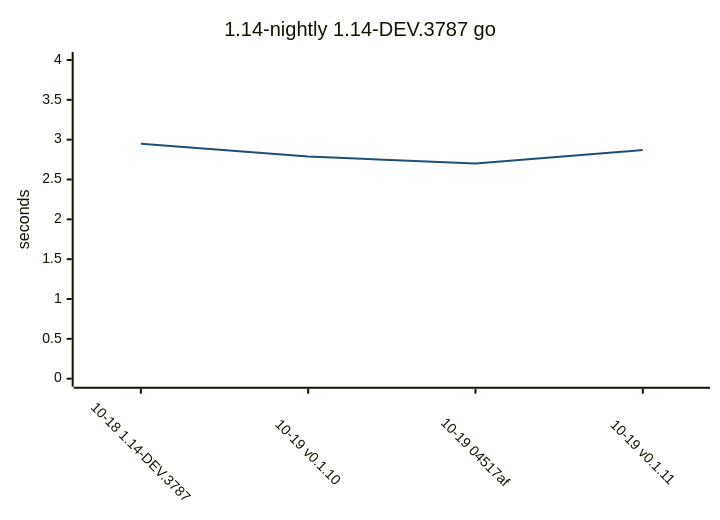
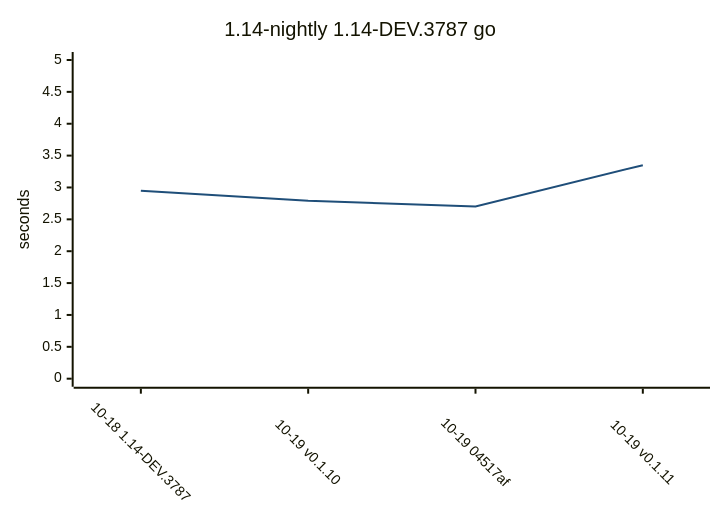
One commit to yamanori99/DistSSHRun.jl changed the fifth of 9 diagrams in README.md. Above: the diagram before and after it, drawn with Mermaid. The commit also changed other lines of this file and 1 other file, not shown here.

````diff
--- a/README.md
+++ b/README.md
@@ -164,17 +164,17 @@
 ```mermaid
 ---
 config:
   theme: base
   themeVariables:
     xyChart:
       plotColorPalette: "#1f4e79"
   xyChart:
     xAxis:
       labelRotation: 45
 ---
 xychart-beta
     title "1.14-nightly 1.14-DEV.3787 go"
     x-axis ["10-18 1.14-DEV.3787", "10-19 v0.1.10", "10-19 04517af", "10-19 v0.1.11"]
-    y-axis "seconds" 0 --> 4
-    line [2.95, 2.79, 2.7, 2.87]
+    y-axis "seconds" 0 --> 5
+    line [2.95, 2.79, 2.7, 3.35]
 ```
````
